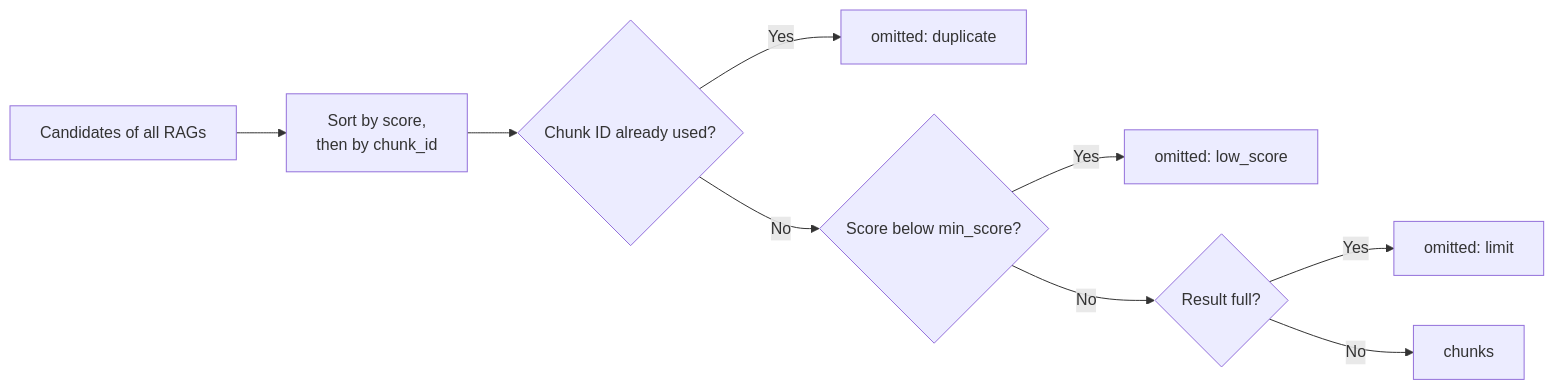
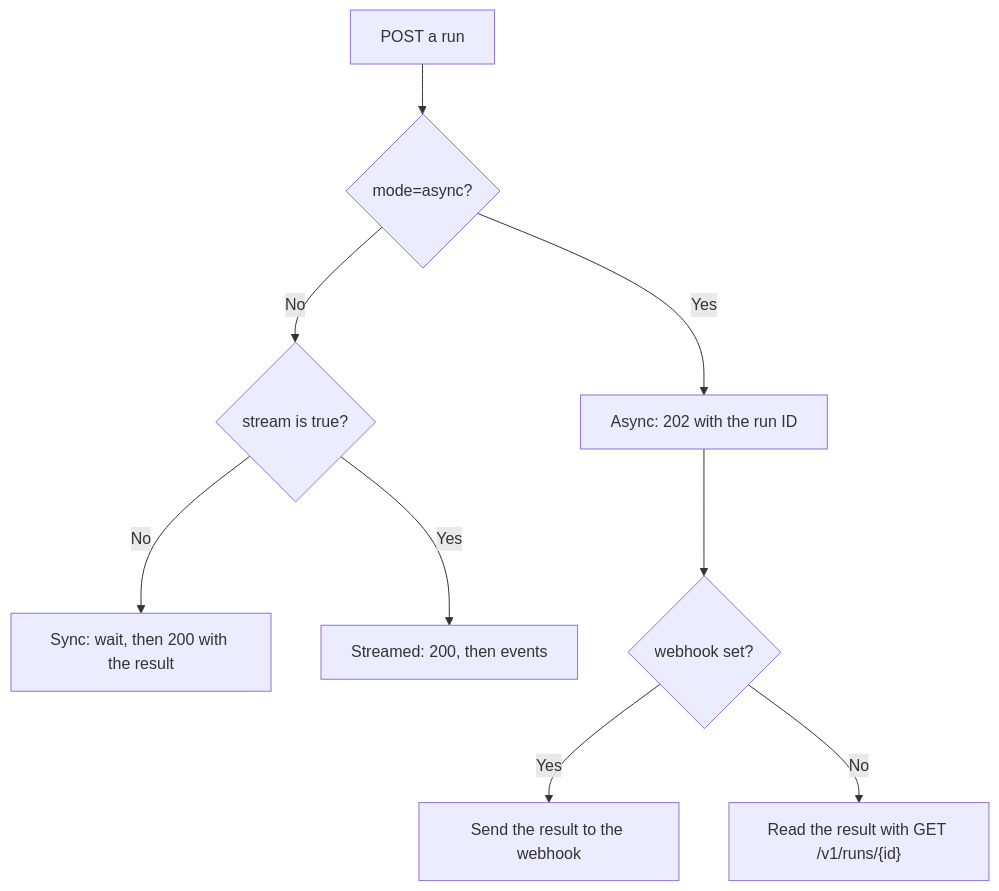
One commit to xatcap/xat-workflow-orchestrator changed the second of 2 diagrams in docs/how-it-works.md. Above: the diagram before and after it, drawn with Mermaid. The commit also changed other lines of this file and 51 other files, not shown here.

````diff
--- a/docs/how-it-works.md
+++ b/docs/how-it-works.md
@@ -403,11 +140,11 @@
 ```mermaid
-flowchart LR
-    a["Candidates of all RAGs"] --> b["Sort by score,<br/>then by chunk_id"]
-    b --> c{"Chunk ID already used?"}
-    c -- "Yes" --> d["omitted: duplicate"]
-    c -- "No" --> e{"Score below min_score?"}
-    e -- "Yes" --> f["omitted: low_score"]
-    e -- "No" --> g{"Result full?"}
-    g -- "Yes" --> h["omitted: limit"]
-    g -- "No" --> i["chunks"]
+flowchart TD
+    post["POST a run"] --> isAsync{"mode=async?"}
+    isAsync -- "No" --> isStream{"stream is true?"}
+    isStream -- "No" --> sync["Sync: wait, then 200 with the result"]
+    isStream -- "Yes" --> sse["Streamed: 200, then events"]
+    isAsync -- "Yes" --> accepted["Async: 202 with the run ID"]
+    accepted --> hasHook{"webhook set?"}
+    hasHook -- "Yes" --> webhook["Send the result to the webhook"]
+    hasHook -- "No" --> read["Read the result with GET /v1/runs/{id}"]
 ```
````
